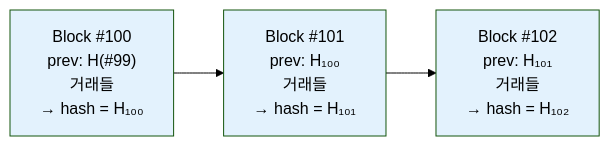
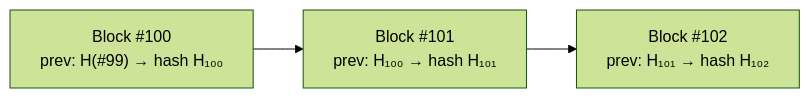
The first of 5 diagrams in 08_블록체인_Shamir_정리.md (KMUTMU/information-security), drawn with Mermaid (forest theme) before and after one commit. The commit also changed other lines of this file and 5 other files, not shown here.

Commit message:
Mermaid 다이어그램 가독성 개선: 짧은 라벨·이모지 제거·색상 최소화

````diff
--- a/08_블록체인_Shamir_정리.md
+++ b/08_블록체인_Shamir_정리.md
@@ -18,8 +18,4 @@
 ```mermaid
 flowchart LR
-    B100["Block #100<br/>prev: H(#99)<br/>거래들<br/>→ hash = H₁₀₀"] --> B101["Block #101<br/>prev: H₁₀₀<br/>거래들<br/>→ hash = H₁₀₁"]
-    B101 --> B102["Block #102<br/>prev: H₁₀₁<br/>거래들<br/>→ hash = H₁₀₂"]
-    style B100 fill:#e3f2fd
-    style B101 fill:#e3f2fd
-    style B102 fill:#e3f2fd
+    B100["Block #100<br/>prev: H(#99) → hash H₁₀₀"] --> B101["Block #101<br/>prev: H₁₀₀ → hash H₁₀₁"] --> B102["Block #102<br/>prev: H₁₀₁ → hash H₁₀₂"]
 ```
````
